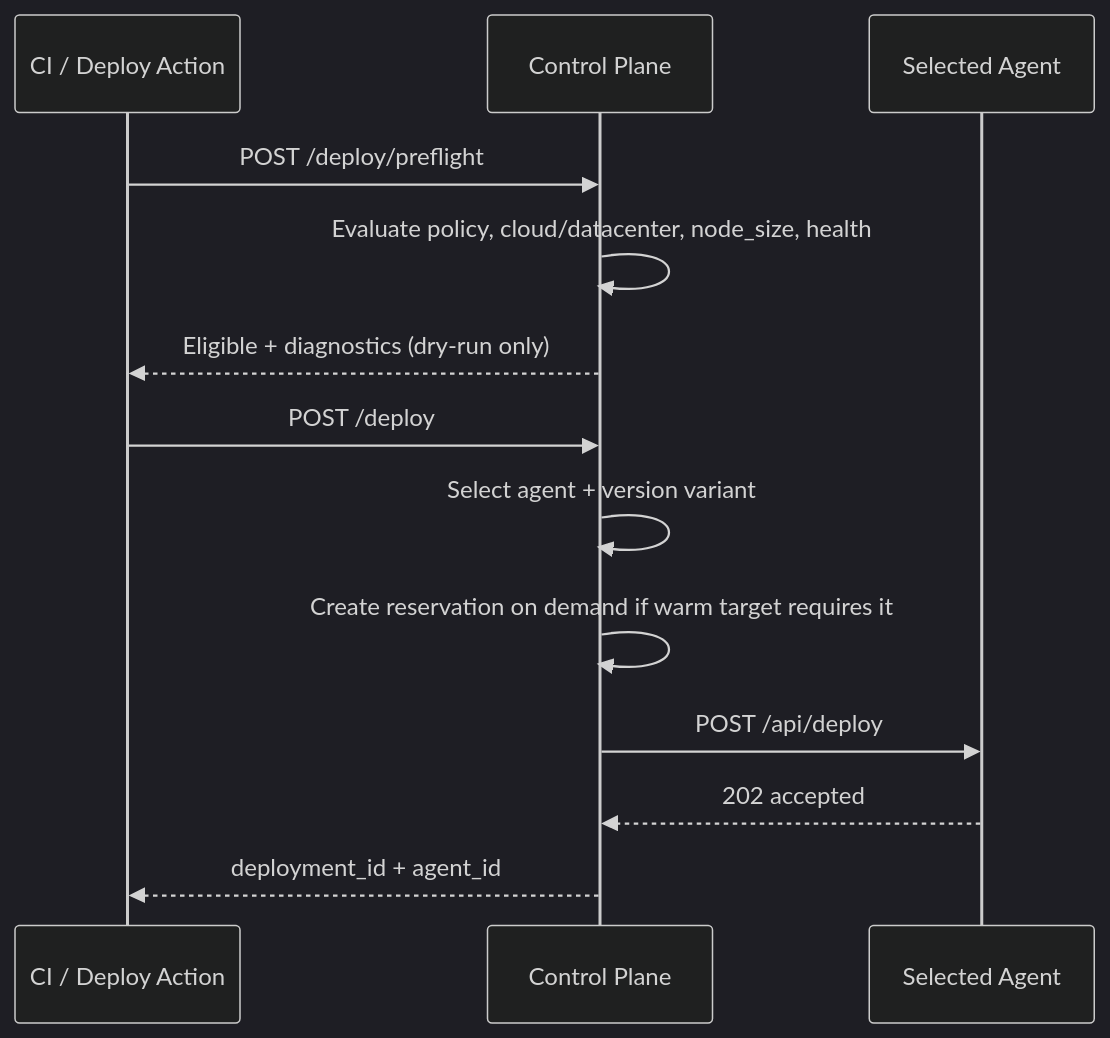
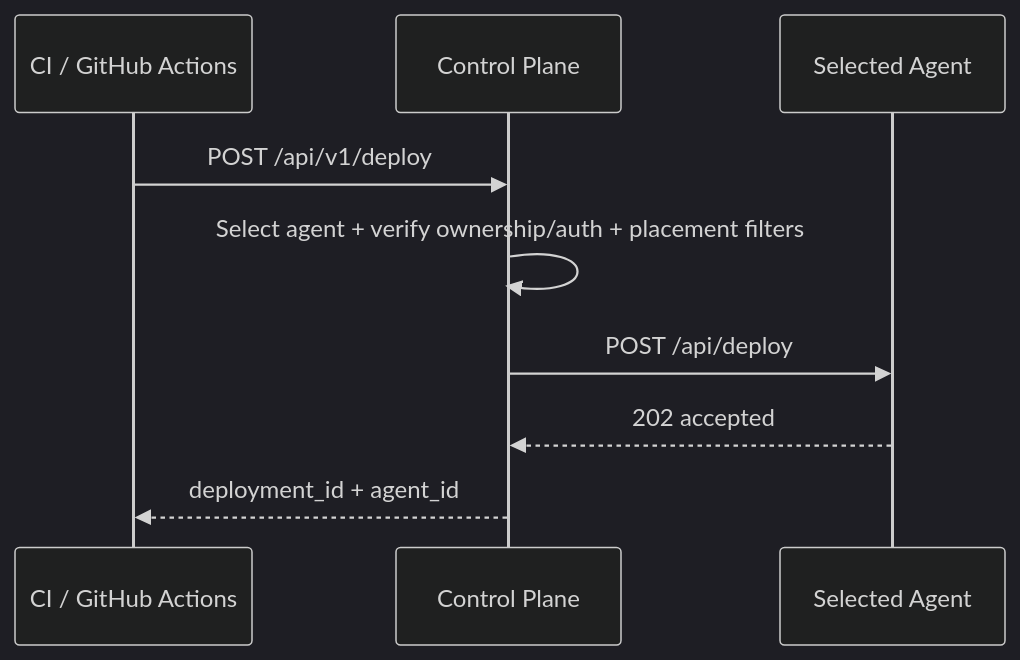
Before and after one commit to easyenclave/easyenclave: the second of 2 diagrams in docs/ARCHITECTURE.md, drawn with Mermaid (dark theme). The commit also changed other lines of this file and 98 other files, not shown here.

````diff
--- a/docs/ARCHITECTURE.md
+++ b/docs/ARCHITECTURE.md
@@ -38,17 +28,12 @@
 ```mermaid
 sequenceDiagram
-    participant CI as CI / Deploy Action
+    participant CI as CI / GitHub Actions
     participant CP as Control Plane
     participant A as Selected Agent
 
-    CI->>CP: POST /deploy/preflight
-    CP->>CP: Evaluate policy, cloud/datacenter, node_size, health
-    CP-->>CI: Eligible + diagnostics (dry-run only)
-
-    CI->>CP: POST /deploy
-    CP->>CP: Select agent + version variant
-    CP->>CP: Create reservation on demand if warm target requires it
+    CI->>CP: POST /api/v1/deploy
+    CP->>CP: Select agent + verify ownership/auth + placement filters
     CP->>A: POST /api/deploy
     A-->>CP: 202 accepted
     CP-->>CI: deployment_id + agent_id
 ```
````
